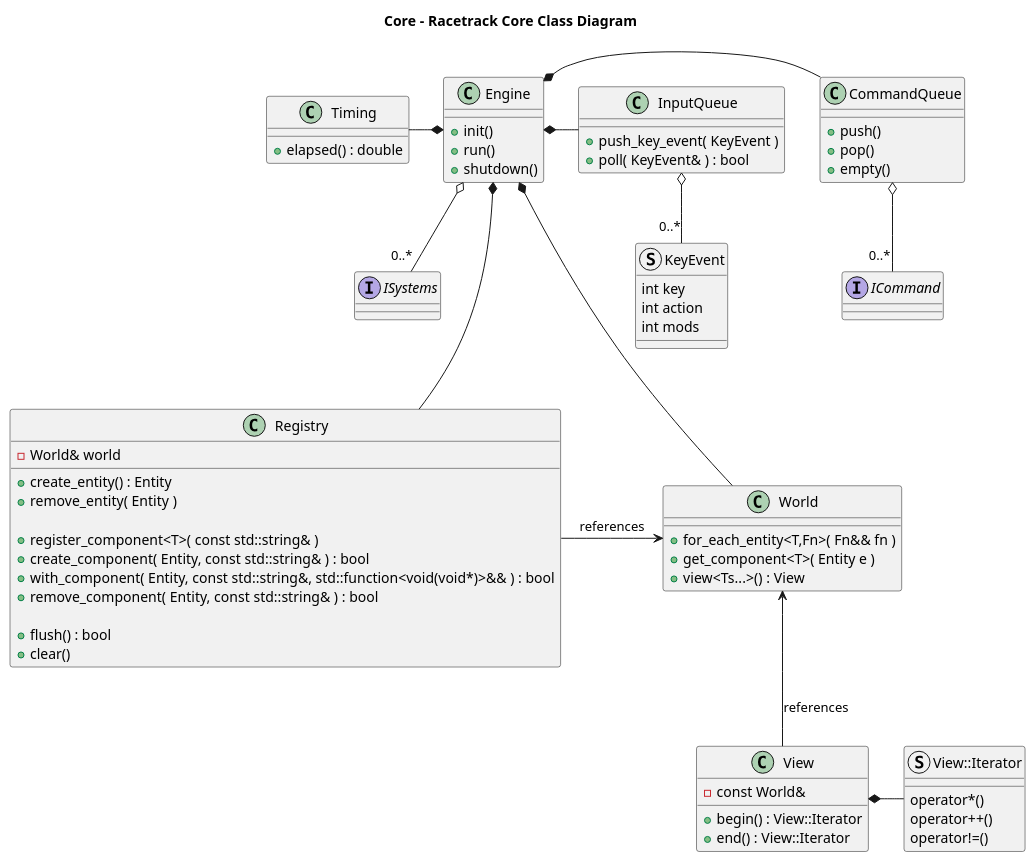
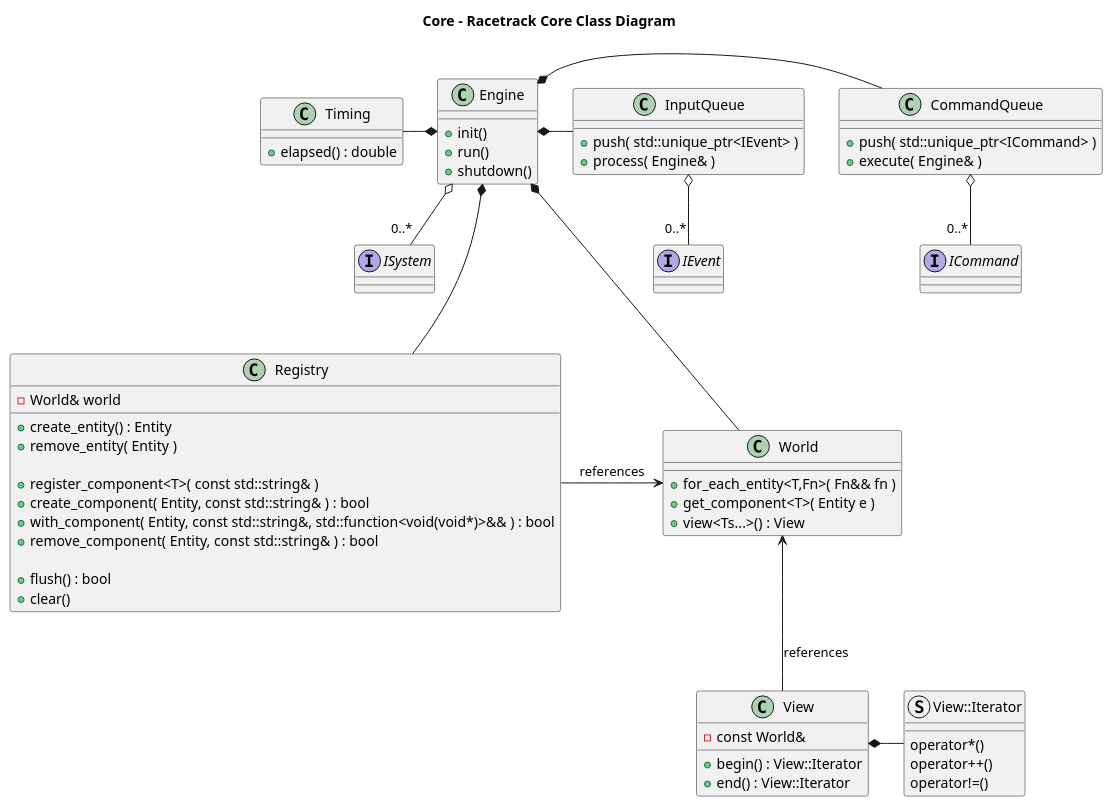
Before and after one commit to alwinl/racetrack: the diagram in doc/core.puml, drawn with PlantUML. The commit also changed 2 other files, not shown here.

Commit message:
Updated core classes uml documentation

```diff
--- a/doc/core.puml
+++ b/doc/core.puml
@@ -1,95 +1,85 @@
 @startuml core.puml
 title Core - Racetrack Core Class Diagram
 
 class Engine
 {
 	+init()
 	+run()
 	+shutdown()
 }
 
 class World
 {
 	+for_each_entity<T,Fn>( Fn&& fn )
 	+get_component<T>( Entity e )
 	+view<Ts...>() : View
 }
 
 class Registry
 {
 	-World& world
 
 	+create_entity() : Entity
 	+remove_entity( Entity )
 
 	+register_component<T>( const std::string& )
     +create_component( Entity, const std::string& ) : bool
 	+with_component( Entity, const std::string&, std::function<void(void*)>&& ) : bool
     +remove_component( Entity, const std::string& ) : bool
 
     +flush() : bool
     +clear()
 }
 
-Engine *--- World
-Engine *--- Registry
+class View
+{
+	-const World&
 
-Registry -> World : references
+	+begin() : View::Iterator
+	+end() : View::Iterator
+}
 
 struct View::Iterator
 {
 	operator*()
 	operator++()
 	operator!=()
 }
 
-class View
-{
-	-const World&
-
-	+begin() : View::Iterator
-	+end() : View::Iterator
-}
-
-View *- View::Iterator
-World <-- View : references
-
 class Timing
 {
 	+elapsed() : double
 }
 
 class CommandQueue
 {
-	+push()
-	+pop()
-	+empty()
-}
-
-struct KeyEvent
-{
-	int key
-	int action
-	int mods
+	+push( std::unique_ptr<ICommand> )
+	+execute( Engine& )
 }
 
 class InputQueue
 {
-	+push_key_event( KeyEvent )
-	+poll( KeyEvent& ) : bool
+	+push( std::unique_ptr<IEvent> )
+	+process( Engine& )
 }
 
-InputQueue o-- "0..*" KeyEvent
+interface IEvent
+interface ICommand
+interface ISystem
 
-interface ICommand
-interface ISystems
+Registry -> World : references
 
+View *- View::Iterator
+World <-- View : references
+
+InputQueue o-- "0..*" IEvent
 CommandQueue o-- "0..*" ICommand
+Engine o-- "0..*" ISystem
 
-Engine o-- "0..*" ISystems
-
+Engine *--- World
+Engine *--- Registry
 Timing -* Engine
 Engine *- CommandQueue
 Engine *- InputQueue
 
 @enduml
```
